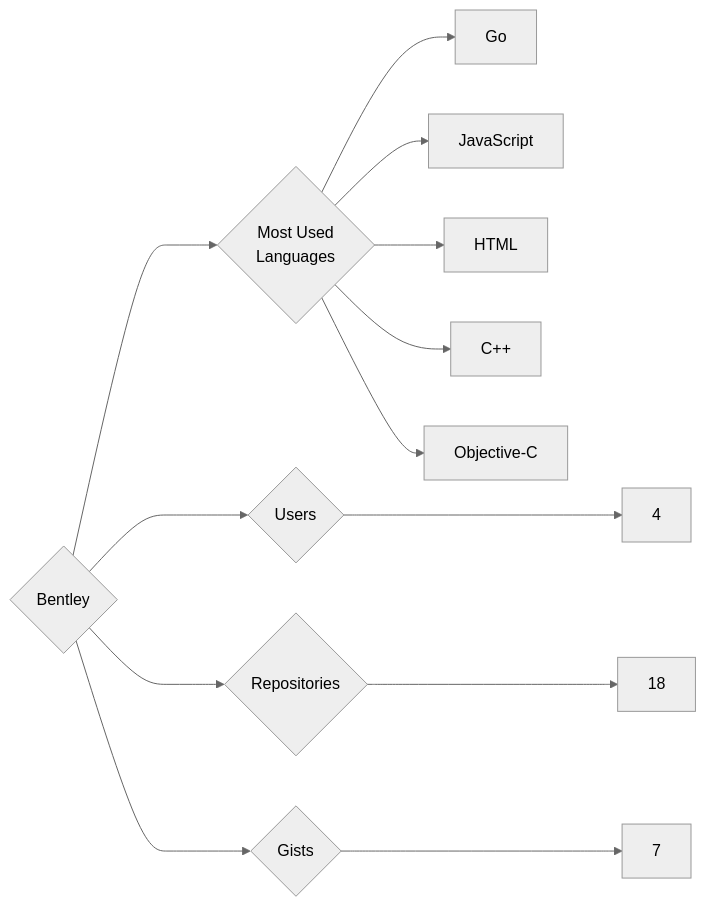
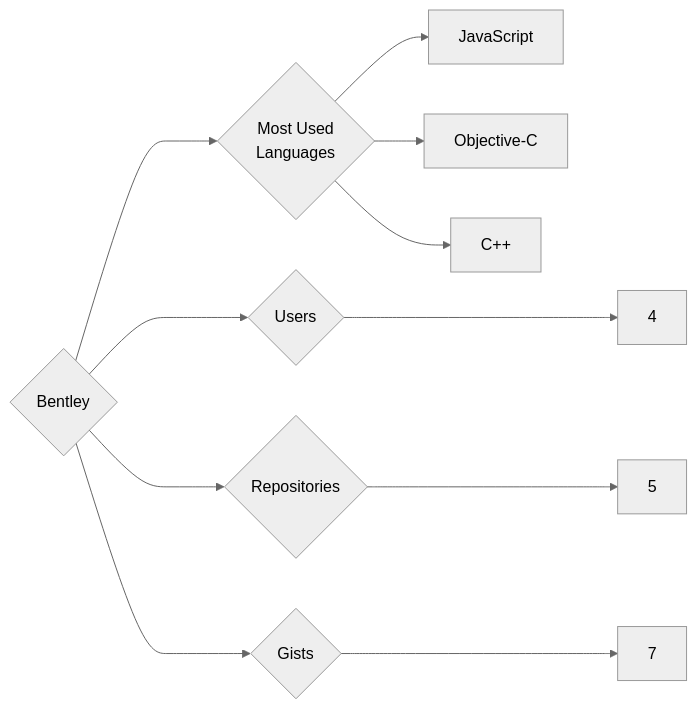
The diagram in targets/Bentley/README.md (trickest/insiders), drawn with Mermaid (neutral theme) before and after one commit. The commit also changed 1166 other files, not shown here.

````diff
--- a/targets/Bentley/README.md
+++ b/targets/Bentley/README.md
@@ -3,13 +3,11 @@
 ```mermaid
 graph LR
 COMPANY_NAME{Bentley}
 COMPANY_NAME ---> U{Users} ---> UN[4]
-COMPANY_NAME ---> R{Repositories} ---> RN[18]
+COMPANY_NAME ---> R{Repositories} ---> RN[5]
 COMPANY_NAME ---> G{Gists} ---> GN[7]
 COMPANY_NAME ---> ML{Most Used<br>Languages}
-ML --> Go[Go]
 ML --> JavaScript[JavaScript]
-ML --> HTML[HTML]
+ML --> Objective-C[Objective-C]
 ML --> C++[C++]
-ML --> Objective-C[Objective-C]
 ```
````
